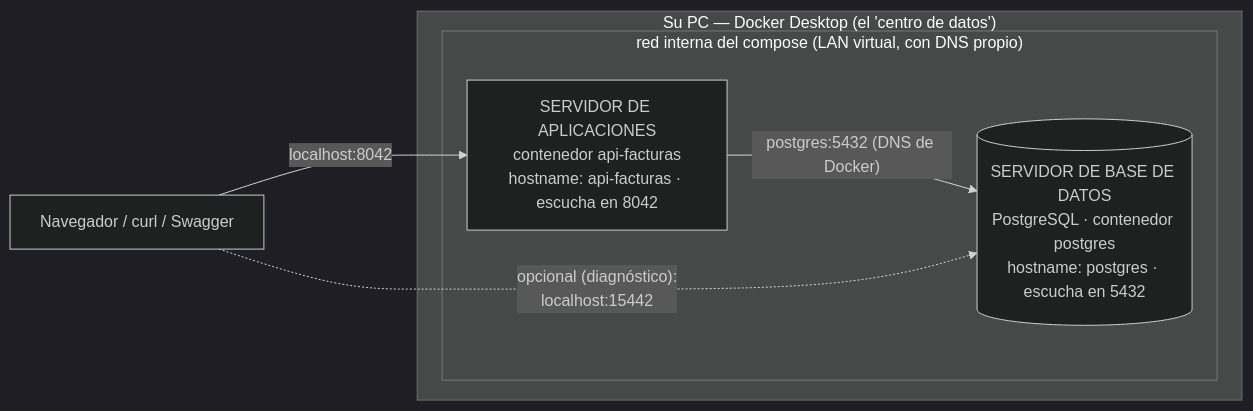
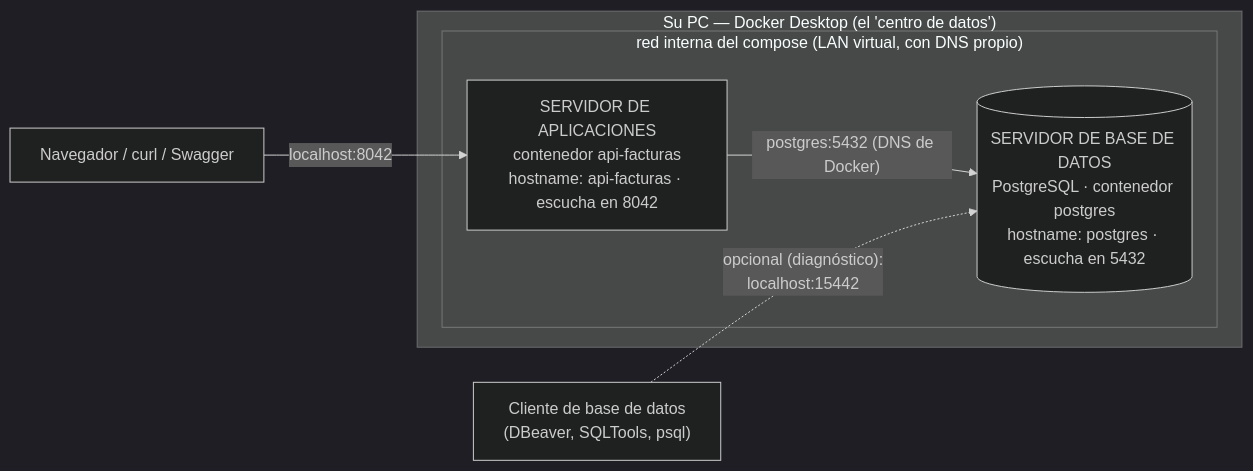
The first of 2 diagrams in docs/CONCEPTOS_DOCKER.md (ccastro2050/proyecto_construccion_de_software1), drawn with Mermaid (dark theme) before and after one commit. The commit also changed other lines of this file, not shown here.

First line of the commit message:
docs(docker): el diagrama sale del docker-compose real, y ninguna flecha miente

````diff
--- a/docs/CONCEPTOS_DOCKER.md
+++ b/docs/CONCEPTOS_DOCKER.md
@@ -193,13 +193,14 @@
 ```mermaid
 flowchart LR
     NAV["Navegador / curl / Swagger"]
+    CLIENTE["Cliente de base de datos<br/>(DBeaver, SQLTools, psql)"]
     subgraph PC["Su PC — Docker Desktop (el 'centro de datos')"]
         subgraph RED["red interna del compose (LAN virtual, con DNS propio)"]
             APIFACTURAS["SERVIDOR DE APLICACIONES<br/>contenedor api-facturas<br/>hostname: api-facturas · escucha en 8042"]
             POSTGRES[("SERVIDOR DE BASE DE DATOS<br/>PostgreSQL · contenedor postgres<br/>hostname: postgres · escucha en 5432")]
         end
     end
     NAV -->|"localhost:8042"| APIFACTURAS
     APIFACTURAS -->|"postgres:5432 (DNS de Docker)"| POSTGRES
-    NAV -.->|"opcional (diagnóstico):<br/>localhost:15442"| POSTGRES
+    CLIENTE -.->|"opcional (diagnóstico):<br/>localhost:15442"| POSTGRES
 ```
````
